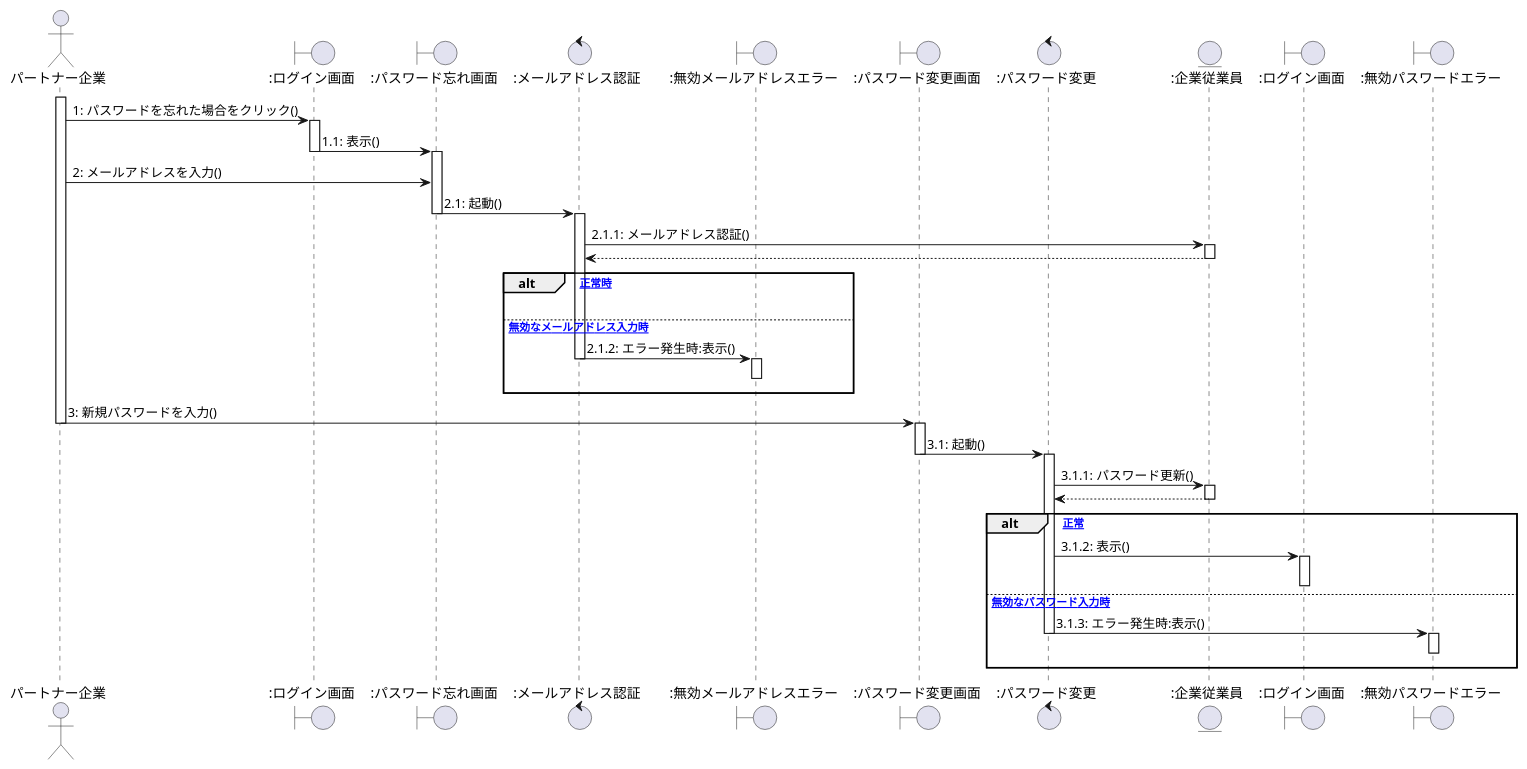
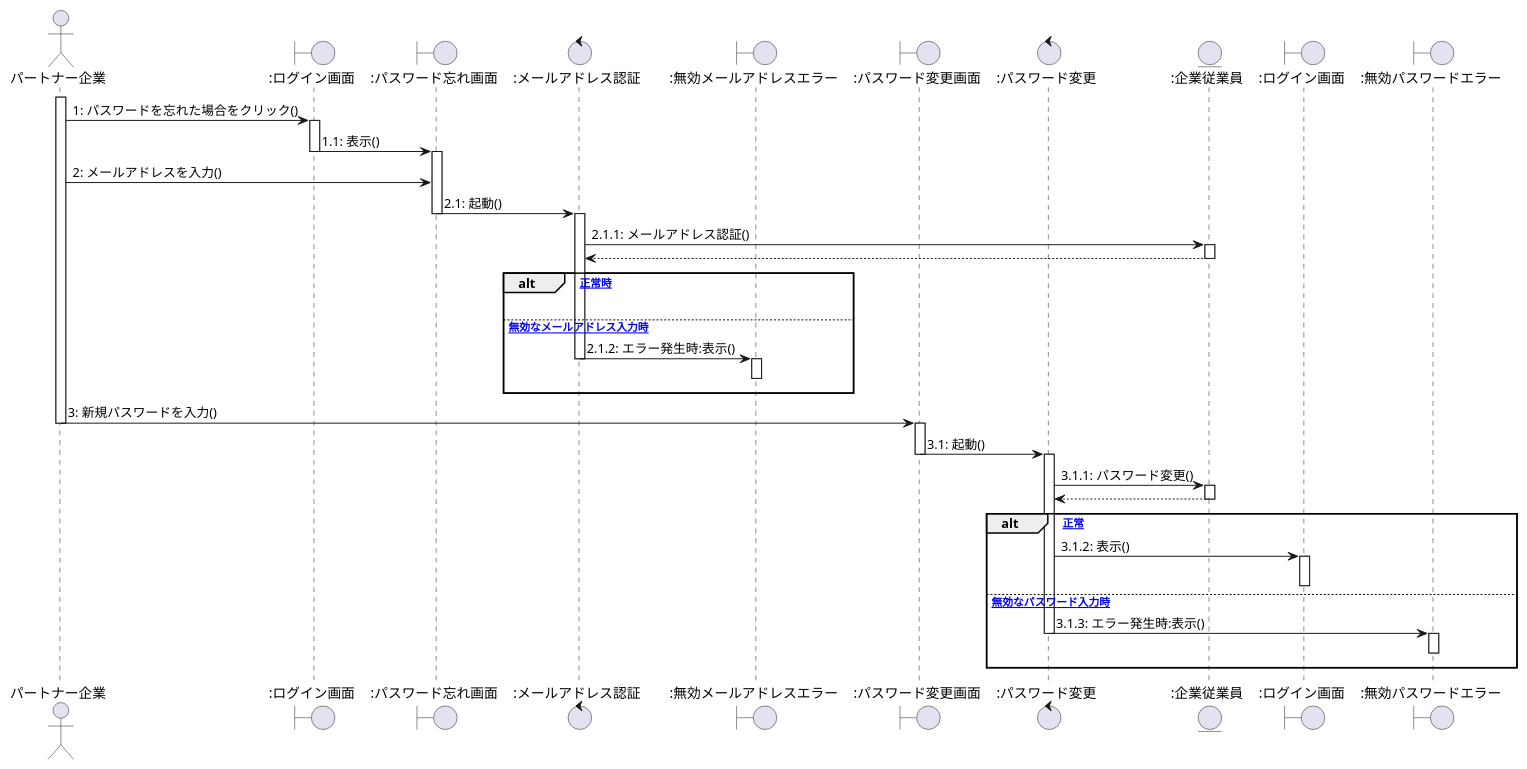
The fourth of 10 diagrams in client_sequence.plantuml (ksw2270227/GroupF), drawn with PlantUML before and after one commit. The commit also changed other lines of this file and 2 other files, not shown here.

```diff
--- a/client_sequence.plantuml
+++ b/client_sequence.plantuml
@@ -131,75 +131,75 @@
 @startuml パスワード変更
 
 actor パートナー企業 as 0
 Boundary ":ログイン画面" as a
 Boundary ":パスワード忘れ画面" as b
 Control ":メールアドレス認証" as c
 Boundary ":無効メールアドレスエラー" as h
 Boundary ":パスワード変更画面" as d
 Control ":パスワード変更" as e
 Entity ":企業従業員" as en
 Boundary ":ログイン画面" as f
 Boundary ":無効パスワードエラー" as g
 
 
 activate 0
 0 -> a : 1: パスワードを忘れた場合をクリック()
 
 activate a
 a -> b : 1.1: 表示()
 deactivate a
 activate b
 
 
 0 -> b : 2: メールアドレスを入力()
 
 b -> c : 2.1: 起動()
 deactivate b
 
 activate c
 c -> en : 2.1.1: メールアドレス認証()
 activate en
 en --> c
 deactivate en
 
 alt [正常時]
 h -[hidden]-> h
 
 else [無効なメールアドレス入力時]
 c -> h : 2.1.2: エラー発生時:表示()
 deactivate c
 activate h
 h -[hidden]-> h
 deactivate h
 end
 
 
 0 -> d  : 3: 新規パスワードを入力()
 deactivate 0
 
 activate d
 d -> e : 3.1: 起動()
 deactivate d
 activate e
 
-e -> en : 3.1.1: パスワード更新()
+e -> en : 3.1.1: パスワード変更()
 activate en
 en --> e
 deactivate en
 
 alt [正常]
 e -> f : 3.1.2: 表示()
 activate f
 deactivate f
 deactivate g
 
 else [無効なパスワード入力時]
 e -> g : 3.1.3: エラー発生時:表示()
 deactivate e
 activate g
 g -[hidden]-> g
 deactivate g
 
 end
 
 @enduml
```
